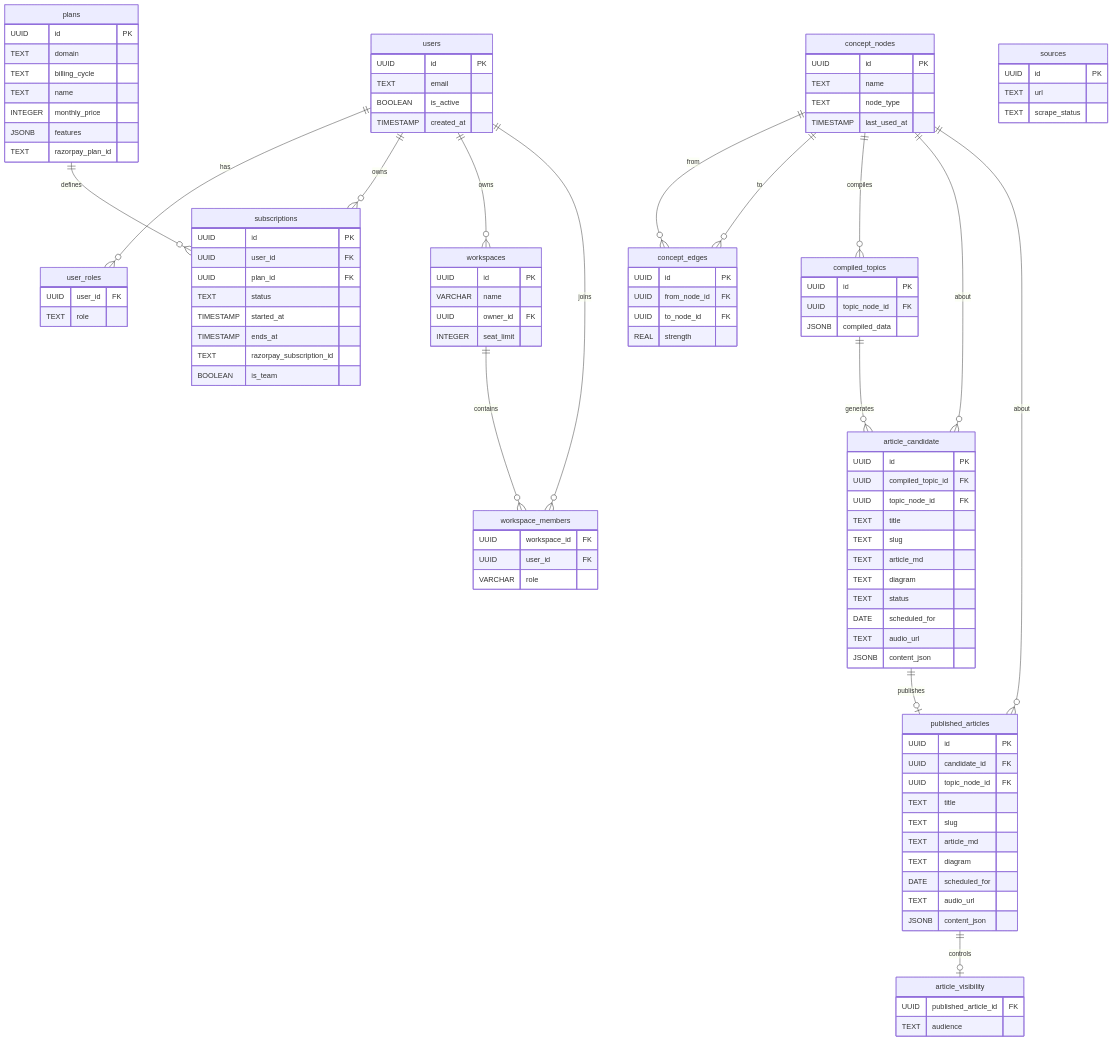
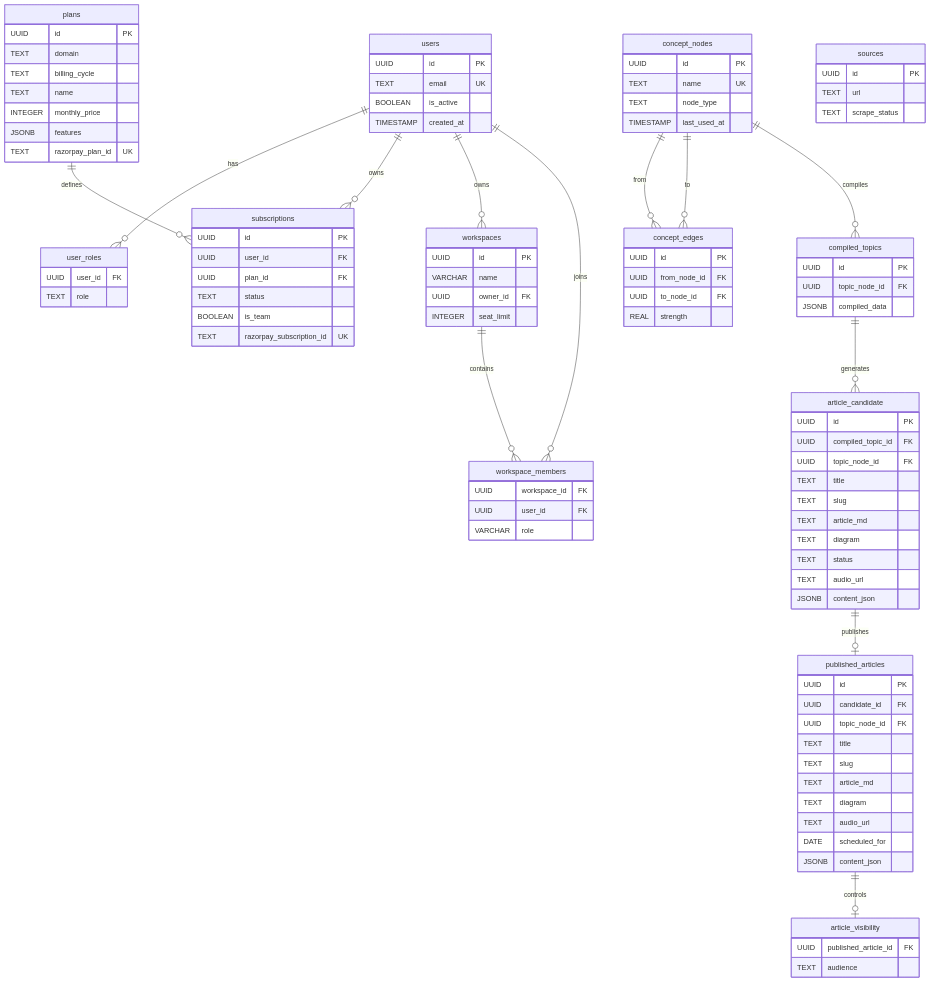
Before and after one commit to pradnyeshbhalekar/looplearn-fe: the third of 11 diagrams in frontend_blackbook.md, drawn with Mermaid. The commit also changed other lines of this file, not shown here.

````diff
--- a/frontend_blackbook.md
+++ b/frontend_blackbook.md
@@ -232,16 +261,14 @@
 erDiagram
     users {
         UUID id PK
-        TEXT email
+        TEXT email UK
         BOOLEAN is_active
         TIMESTAMP created_at
     }
-
     user_roles {
         UUID user_id FK
         TEXT role
     }
-
     plans {
         UUID id PK
         TEXT domain
@@ -249,59 +276,49 @@
         TEXT name
         INTEGER monthly_price
         JSONB features
-        TEXT razorpay_plan_id
+        TEXT razorpay_plan_id UK
     }
-
     subscriptions {
         UUID id PK
         UUID user_id FK
         UUID plan_id FK
         TEXT status
-        TIMESTAMP started_at
-        TIMESTAMP ends_at
-        TEXT razorpay_subscription_id
         BOOLEAN is_team
+        TEXT razorpay_subscription_id UK
     }
-
     workspaces {
         UUID id PK
         VARCHAR name
         UUID owner_id FK
         INTEGER seat_limit
     }
-
     workspace_members {
         UUID workspace_id FK
         UUID user_id FK
         VARCHAR role
     }
-
     concept_nodes {
         UUID id PK
-        TEXT name
+        TEXT name UK
         TEXT node_type
         TIMESTAMP last_used_at
     }
-
     concept_edges {
         UUID id PK
         UUID from_node_id FK
         UUID to_node_id FK
         REAL strength
     }
-
     sources {
         UUID id PK
         TEXT url
         TEXT scrape_status
     }
-
     compiled_topics {
         UUID id PK
         UUID topic_node_id FK
         JSONB compiled_data
     }
-
     article_candidate {
         UUID id PK
         UUID compiled_topic_id FK
@@ -311,11 +328,9 @@
         TEXT article_md
         TEXT diagram
         TEXT status
-        DATE scheduled_for
         TEXT audio_url
         JSONB content_json
     }
-
     published_articles {
         UUID id PK
         UUID candidate_id FK
@@ -324,11 +339,10 @@
         TEXT slug
         TEXT article_md
         TEXT diagram
+        TEXT audio_url
         DATE scheduled_for
-        TEXT audio_url
         JSONB content_json
     }
-
     article_visibility {
         UUID published_article_id FK
         TEXT audience
@@ -344,8 +358,6 @@
     concept_nodes ||--o{ concept_edges : "to"
     concept_nodes ||--o{ compiled_topics : "compiles"
     compiled_topics ||--o{ article_candidate : "generates"
-    concept_nodes ||--o{ article_candidate : "about"
     article_candidate ||--o| published_articles : "publishes"
-    concept_nodes ||--o{ published_articles : "about"
     published_articles ||--o| article_visibility : "controls"
 ```
````
